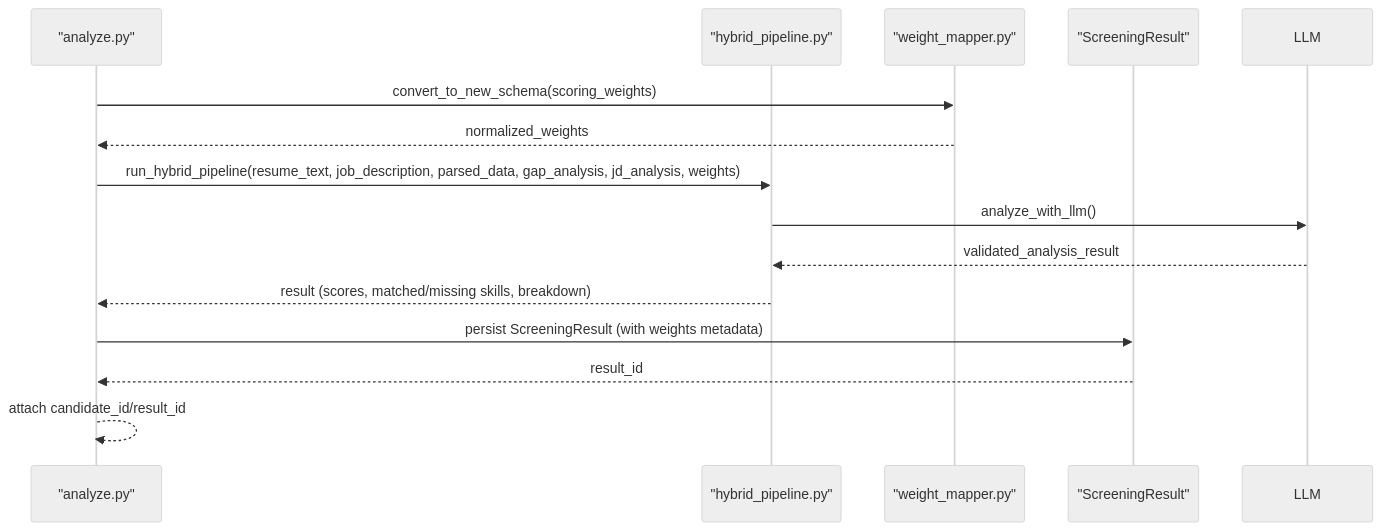
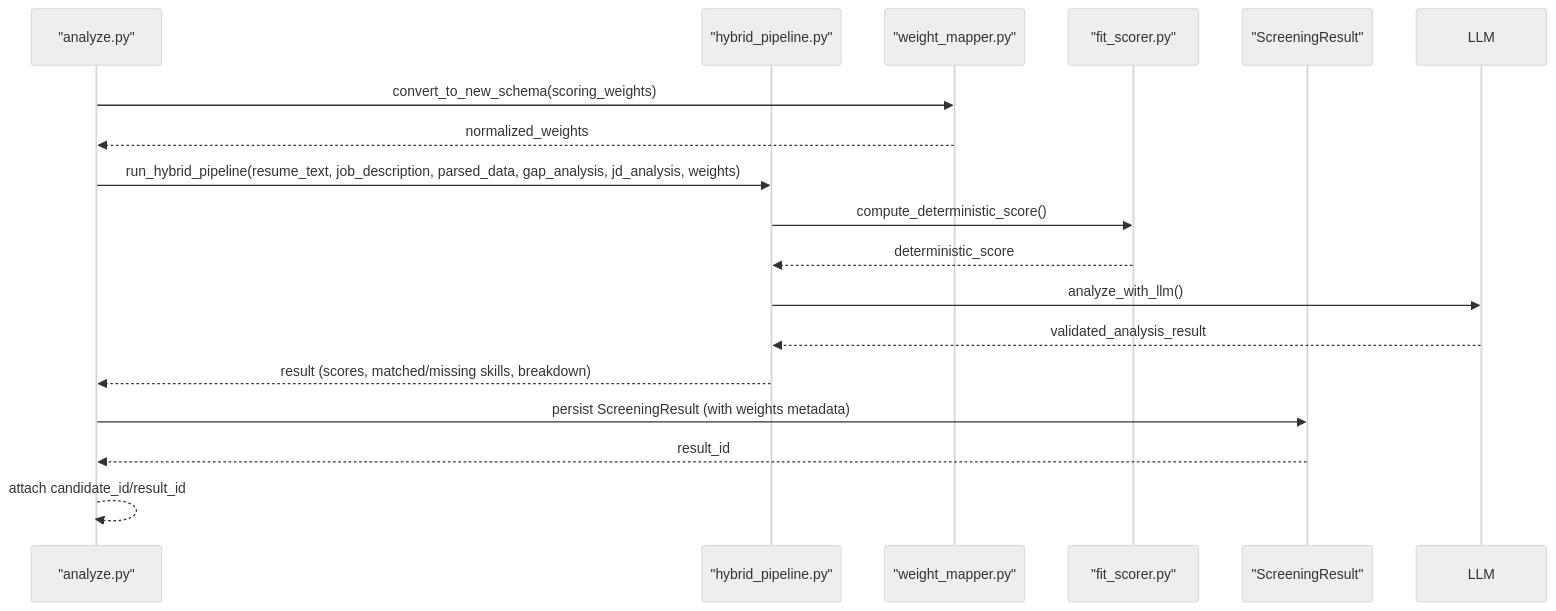
One commit to Revanththetalogics/aireume changed diagram 12 of 19 in .qoder/repowiki/en/content/Candidate Management/Candidate Management.md. Above: the diagram before and after it, drawn with Mermaid (neutral theme). The commit also changed other lines of this file and 41 other files, not shown here.

````diff
--- a/.qoder/repowiki/en/content/Candidate Management/Candidate Management.md
+++ b/.qoder/repowiki/en/content/Candidate Management/Candidate Management.md
@@ -380,16 +625,19 @@
 ```mermaid
 sequenceDiagram
 participant Route as "analyze.py"
 participant HP as "hybrid_pipeline.py"
 participant WM as "weight_mapper.py"
+participant FS as "fit_scorer.py"
 participant SR as "ScreeningResult"
 Route->>WM : convert_to_new_schema(scoring_weights)
 WM-->>Route : normalized_weights
 Route->>HP : run_hybrid_pipeline(resume_text, job_description, parsed_data, gap_analysis, jd_analysis, weights)
+HP->>FS : compute_deterministic_score()
+FS-->>HP : deterministic_score
 HP->>LLM : analyze_with_llm()
 LLM-->>HP : validated_analysis_result
 HP-->>Route : result (scores, matched/missing skills, breakdown)
 Route->>SR : persist ScreeningResult (with weights metadata)
 SR-->>Route : result_id
 Route-->>Route : attach candidate_id/result_id
 ```
````
